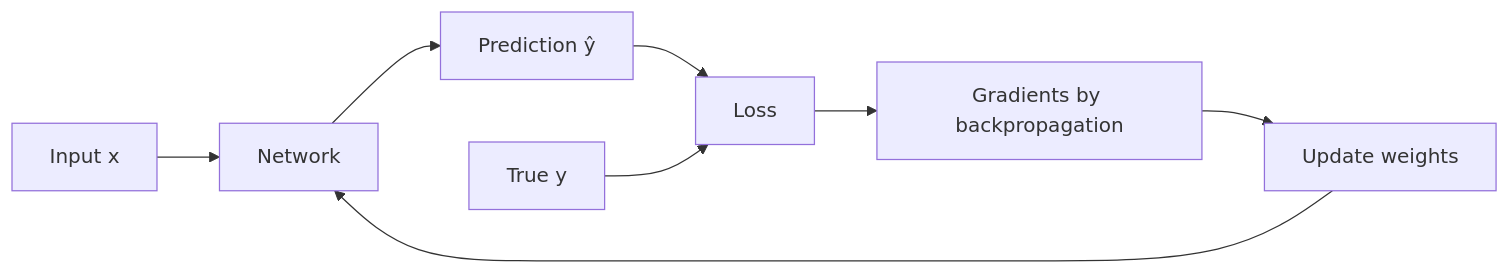
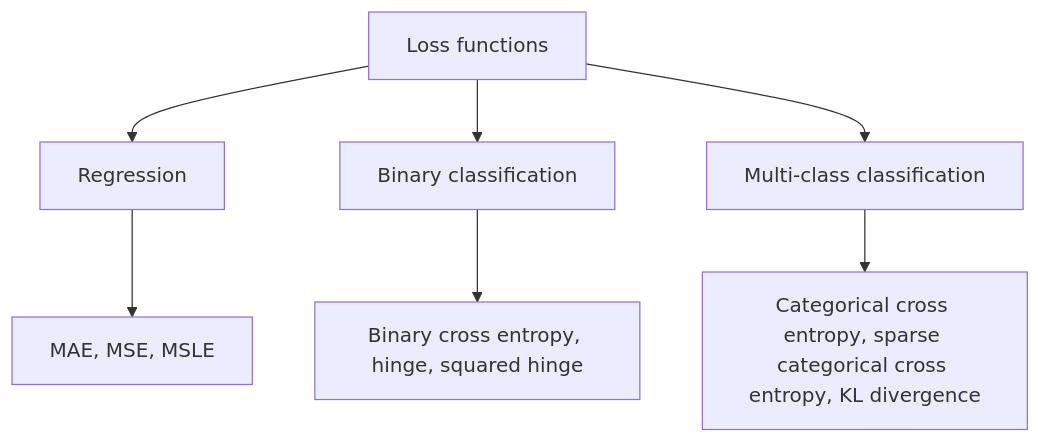
One commit to TrendySloth1001/sem-seven-notes changed the diagram in content/deep-learning/pyq/2024-12/q5a.mdx. Above: the diagram before and after it, drawn with Mermaid. The commit also changed other lines of this file and 168 other files, not shown here.

````diff
--- a/content/deep-learning/pyq/2024-12/q5a.mdx
+++ b/content/deep-learning/pyq/2024-12/q5a.mdx
@@ -18,11 +11,10 @@
 ```mermaid
-%% caption: The loss sits between the prediction and the weight update in every training step.
-flowchart LR
-  A["Input x"] --> B["Network"]
-  B --> C["Prediction ŷ"]
-  C --> D["Loss"]
-  Y["True y"] --> D
-  D --> E["Gradients by backpropagation"]
-  E --> F["Update weights"]
-  F --> B
+%% caption: Types of loss function used while training a network, by problem type.
+flowchart TD
+  A["Loss functions"] --> B["Regression"]
+  A --> C["Binary classification"]
+  A --> D["Multi-class classification"]
+  B --> B1["MAE, MSE, MSLE"]
+  C --> C1["Binary cross entropy, hinge, squared hinge"]
+  D --> D1["Categorical cross entropy, sparse categorical cross entropy, KL divergence"]
 ```
````
